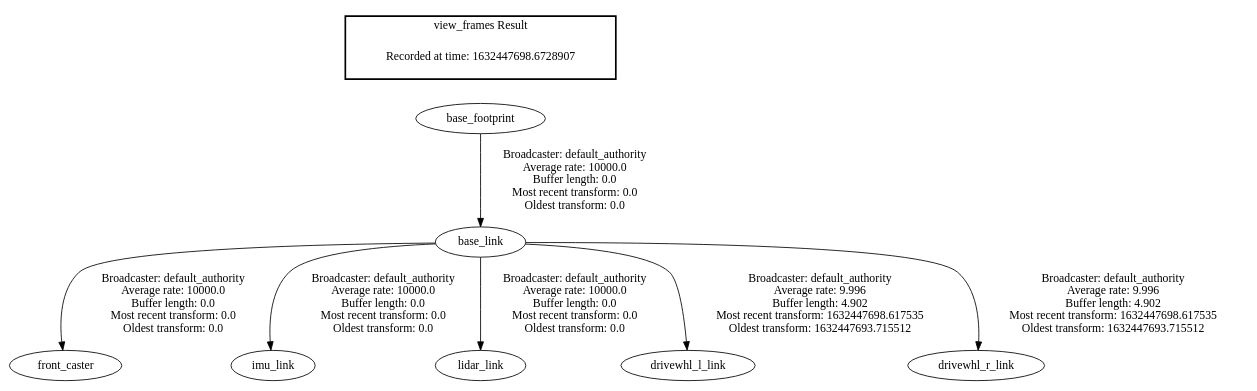
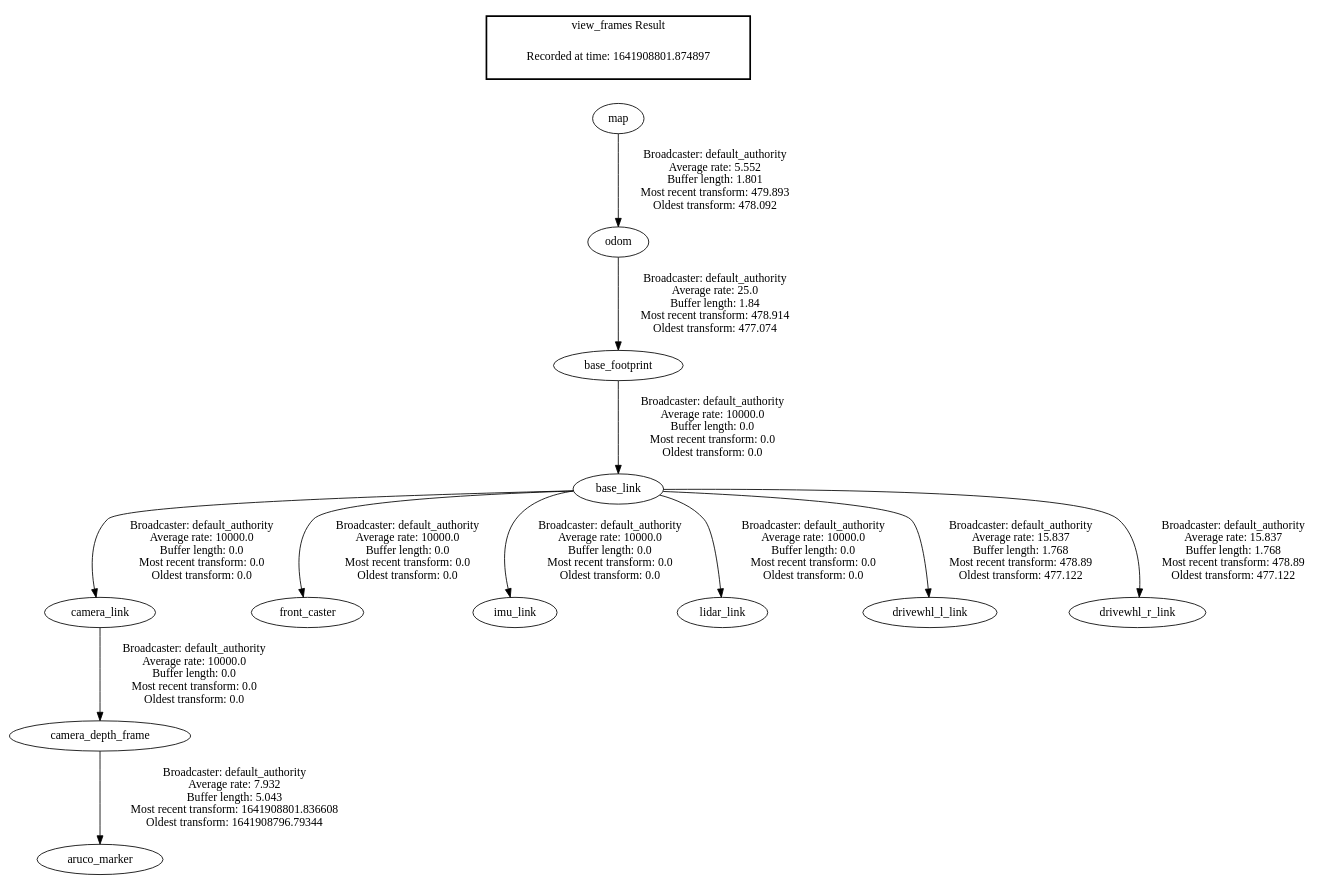
One commit to automaticaddison/two_wheeled_robot changed the diagram in media/frames/frames.gv. Above: the diagram before and after it, drawn with Graphviz. The commit also changed 6 other files, not shown here.

```diff
--- a/media/frames/frames.gv
+++ b/media/frames/frames.gv
@@ -1,12 +1,17 @@
 digraph G {
+"odom" -> "base_footprint"[label=" Broadcaster: default_authority\nAverage rate: 25.0\nBuffer length: 1.84\nMost recent transform: 478.914\nOldest transform: 477.074\n"];
+"map" -> "odom"[label=" Broadcaster: default_authority\nAverage rate: 5.552\nBuffer length: 1.801\nMost recent transform: 479.893\nOldest transform: 478.092\n"];
 "base_footprint" -> "base_link"[label=" Broadcaster: default_authority\nAverage rate: 10000.0\nBuffer length: 0.0\nMost recent transform: 0.0\nOldest transform: 0.0\n"];
+"camera_link" -> "camera_depth_frame"[label=" Broadcaster: default_authority\nAverage rate: 10000.0\nBuffer length: 0.0\nMost recent transform: 0.0\nOldest transform: 0.0\n"];
+"base_link" -> "camera_link"[label=" Broadcaster: default_authority\nAverage rate: 10000.0\nBuffer length: 0.0\nMost recent transform: 0.0\nOldest transform: 0.0\n"];
 "base_link" -> "front_caster"[label=" Broadcaster: default_authority\nAverage rate: 10000.0\nBuffer length: 0.0\nMost recent transform: 0.0\nOldest transform: 0.0\n"];
 "base_link" -> "imu_link"[label=" Broadcaster: default_authority\nAverage rate: 10000.0\nBuffer length: 0.0\nMost recent transform: 0.0\nOldest transform: 0.0\n"];
 "base_link" -> "lidar_link"[label=" Broadcaster: default_authority\nAverage rate: 10000.0\nBuffer length: 0.0\nMost recent transform: 0.0\nOldest transform: 0.0\n"];
-"base_link" -> "drivewhl_l_link"[label=" Broadcaster: default_authority\nAverage rate: 9.996\nBuffer length: 4.902\nMost recent transform: 1632447698.617535\nOldest transform: 1632447693.715512\n"];
-"base_link" -> "drivewhl_r_link"[label=" Broadcaster: default_authority\nAverage rate: 9.996\nBuffer length: 4.902\nMost recent transform: 1632447698.617535\nOldest transform: 1632447693.715512\n"];
+"camera_depth_frame" -> "aruco_marker"[label=" Broadcaster: default_authority\nAverage rate: 7.932\nBuffer length: 5.043\nMost recent transform: 1641908801.836608\nOldest transform: 1641908796.79344\n"];
+"base_link" -> "drivewhl_l_link"[label=" Broadcaster: default_authority\nAverage rate: 15.837\nBuffer length: 1.768\nMost recent transform: 478.89\nOldest transform: 477.122\n"];
+"base_link" -> "drivewhl_r_link"[label=" Broadcaster: default_authority\nAverage rate: 15.837\nBuffer length: 1.768\nMost recent transform: 478.89\nOldest transform: 477.122\n"];
 edge [style=invis];
  subgraph cluster_legend { style=bold; color=black; label ="view_frames Result";
-"Recorded at time: 1632447698.6728907"[ shape=plaintext ] ;
-}->"base_footprint";
+"Recorded at time: 1641908801.874897"[ shape=plaintext ] ;
+}->"map";
 }
```
